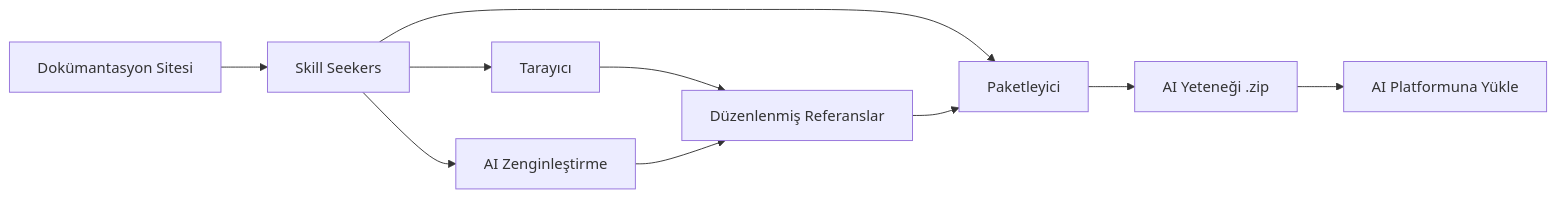
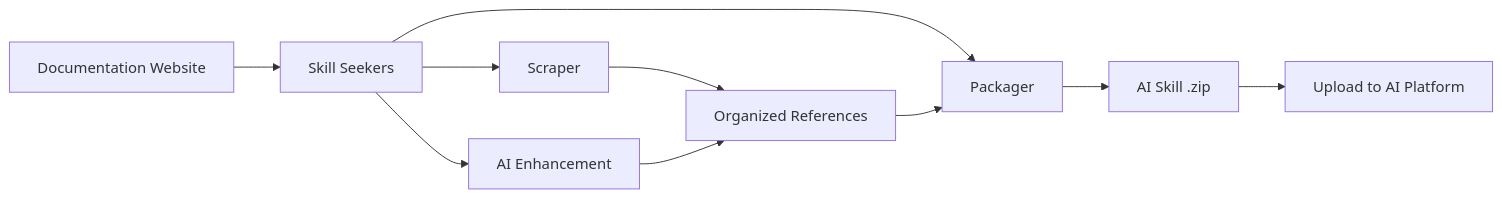
One commit to yusufkaraaslan/Skill_Seekers changed the diagram in README.tr.md. Above: the diagram before and after it, drawn with Mermaid. The commit also changed other lines of this file and 10 other files, not shown here.

````diff
--- a/README.tr.md
+++ b/README.tr.md
@@ -975,12 +324,12 @@
 ```mermaid
 graph LR
-    A[Dokümantasyon Sitesi] --> B[Skill Seekers]
-    B --> C[Tarayıcı]
-    B --> D[AI Zenginleştirme]
-    B --> E[Paketleyici]
-    C --> F[Düzenlenmiş Referanslar]
+    A[Documentation Website] --> B[Skill Seekers]
+    B --> C[Scraper]
+    B --> D[AI Enhancement]
+    B --> E[Packager]
+    C --> F[Organized References]
     D --> F
     F --> E
-    E --> G[AI Yeteneği .zip]
-    G --> H[AI Platformuna Yükle]
+    E --> G[AI Skill .zip]
+    G --> H[Upload to AI Platform]
 ```
````
